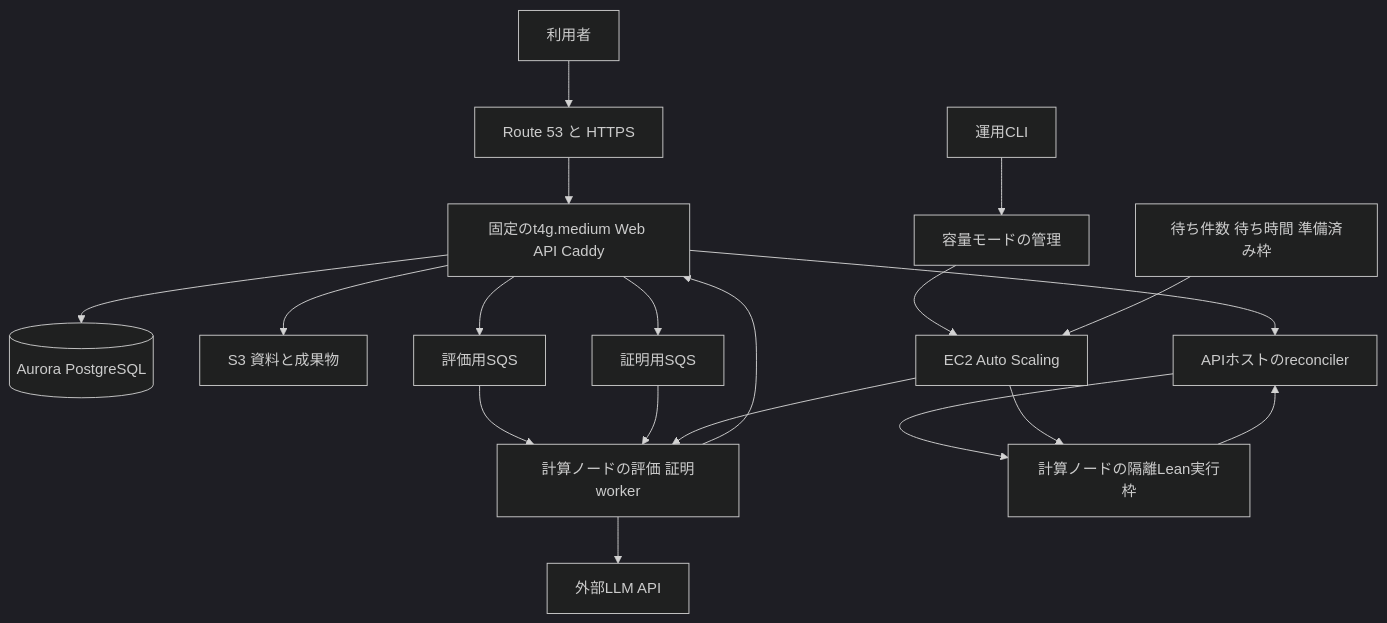
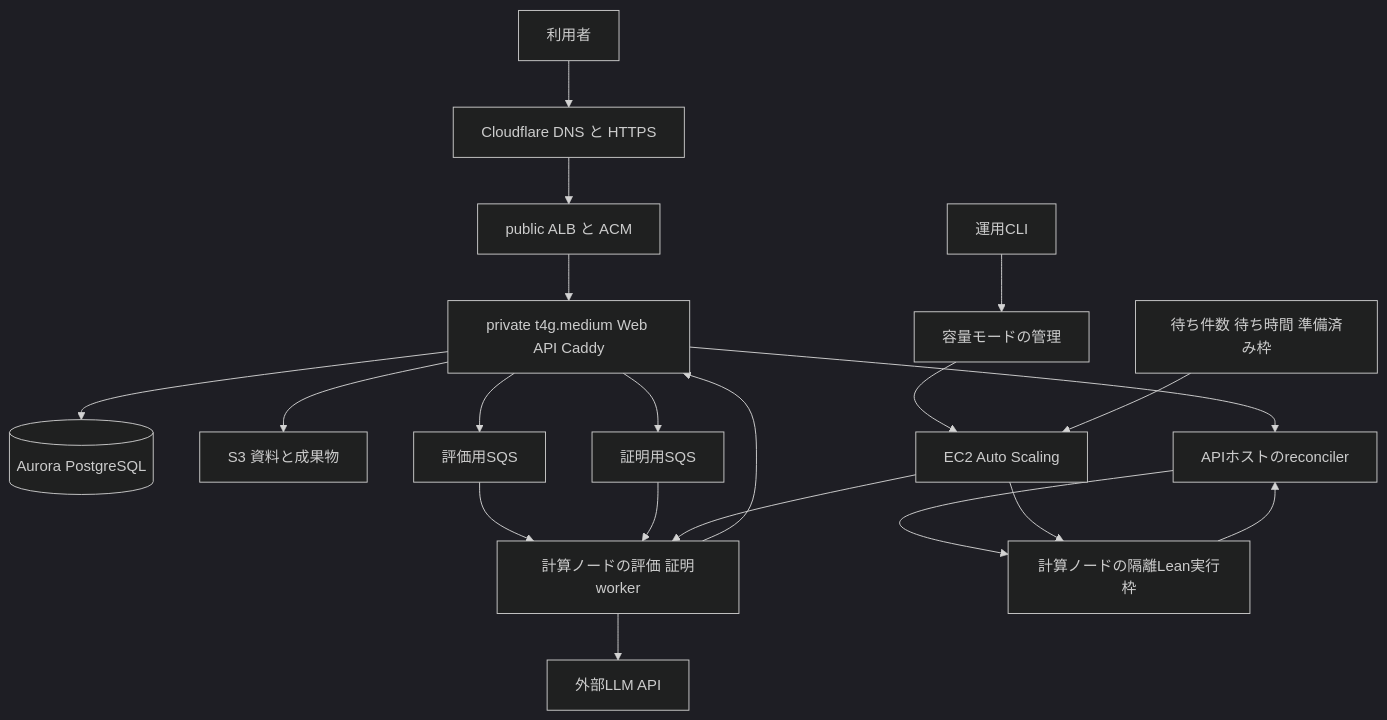
Before and after one commit to AtsushiHosaka/pals: the diagram in docs/aws-low-latency-architecture-2026-10-30.md, drawn with Mermaid (dark theme). The commit also changed other lines of this file and 12 other files, not shown here.

Commit message:
Document and start private AWS migration with draw.io architecture

````diff
--- a/docs/aws-low-latency-architecture-2026-10-30.md
+++ b/docs/aws-low-latency-architecture-2026-10-30.md
@@ -25,21 +25,22 @@
 ```mermaid
 flowchart TD
-  U[利用者] --> E[Route 53 と HTTPS]
-  E --> C[固定のt4g.medium Web API Caddy]
+  U[利用者] --> E[Cloudflare DNS と HTTPS]
+  E --> ALB[public ALB と ACM]
+  ALB --> C[private t4g.medium Web API Caddy]
   C --> DB[(Aurora PostgreSQL)]
   C --> S3[S3 資料と成果物]
   C --> QA[評価用SQS]
   C --> QP[証明用SQS]
   QA --> W[計算ノードの評価 証明worker]
   QP --> W
   W --> L[外部LLM API]
   W --> C
   C --> R[APIホストのreconciler]
   R --> V[計算ノードの隔離Lean実行枠]
   V --> R
   O[運用CLI] --> M[容量モードの管理]
   M --> A[EC2 Auto Scaling]
   A --> W
   A --> V
   CW[待ち件数 待ち時間 準備済み枠] --> A
 ```
````
